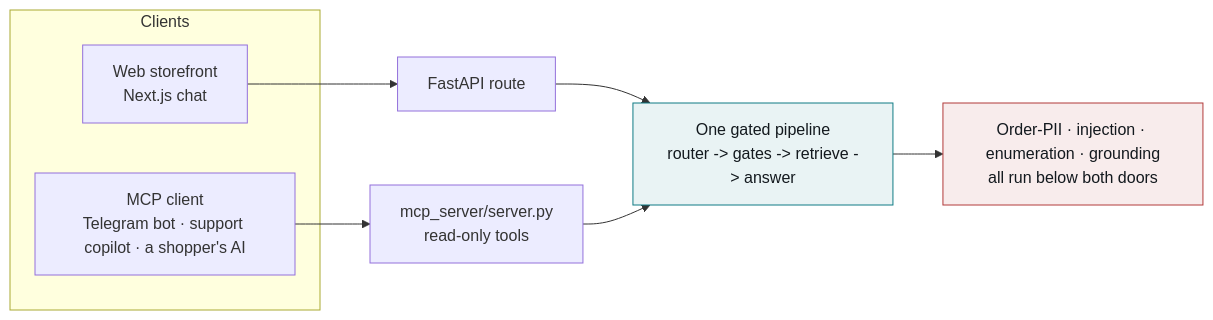
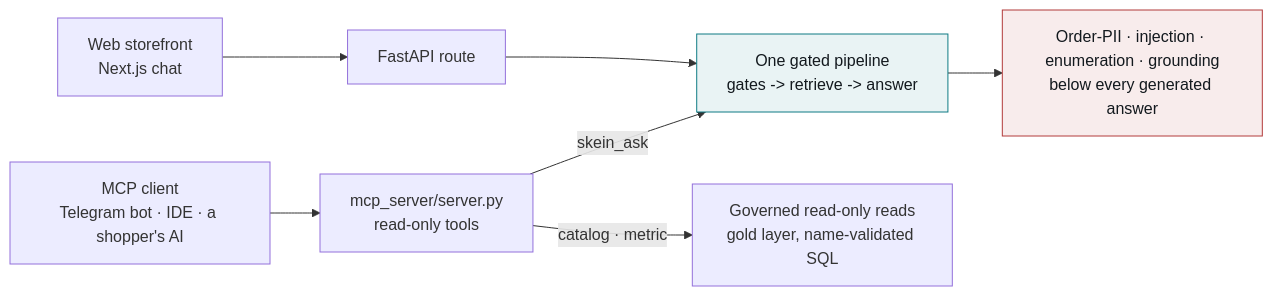
Before and after one commit to hoomanesteki/agentic-rag-knowledge-ai-platform: the diagram in showcase/mcp.qmd, drawn with Mermaid. The commit also changed other lines of this file and 7 other files, not shown here.

First line of the commit message:
docs: currency + accuracy sweep after MCP / Telegram / LangGraph

````diff
--- a/showcase/mcp.qmd
+++ b/showcase/mcp.qmd
@@ -22,16 +22,13 @@
 ```{mermaid}
 flowchart LR
-  subgraph Clients
-    WEB[Web storefront<br/>Next.js chat]
-    MCPC[MCP client<br/>Telegram bot · support copilot · a shopper's AI]
-  end
-  WEB --> API[FastAPI route]
-  MCPC --> SRV[mcp_server/server.py<br/>read-only tools]
-  API --> PIPE[One gated pipeline<br/>router -> gates -> retrieve -> answer]
-  SRV --> PIPE
-  PIPE --> G[Order-PII · injection · enumeration · grounding<br/>all run below both doors]
+  WEB[Web storefront<br/>Next.js chat] --> API[FastAPI route]
+  MCPC[MCP client<br/>Telegram bot · IDE · a shopper's AI] --> SRV[mcp_server/server.py<br/>read-only tools]
+  API --> PIPE[One gated pipeline<br/>gates -> retrieve -> answer]
+  SRV -->|skein_ask| PIPE
+  SRV -->|catalog · metric| GOV[Governed read-only reads<br/>gold layer, name-validated SQL]
+  PIPE --> G[Order-PII · injection · enumeration · grounding<br/>below every generated answer]
   classDef core fill:#e9f3f4,stroke:#0f7b84,color:#13191e;
   classDef guard fill:#f8ecec,stroke:#b23a3a,color:#13191e;
   class PIPE core;
   class G guard;
 ```
````
